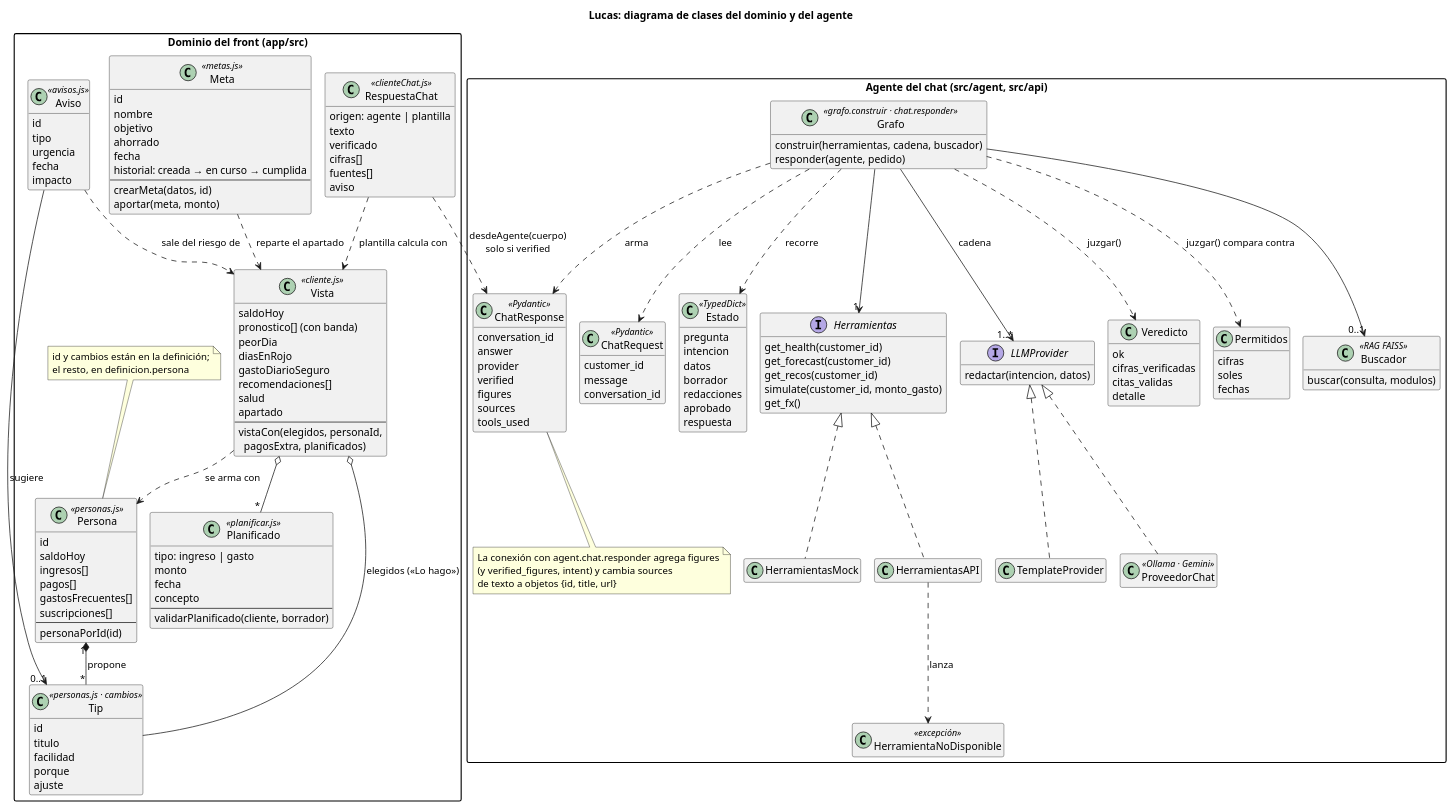
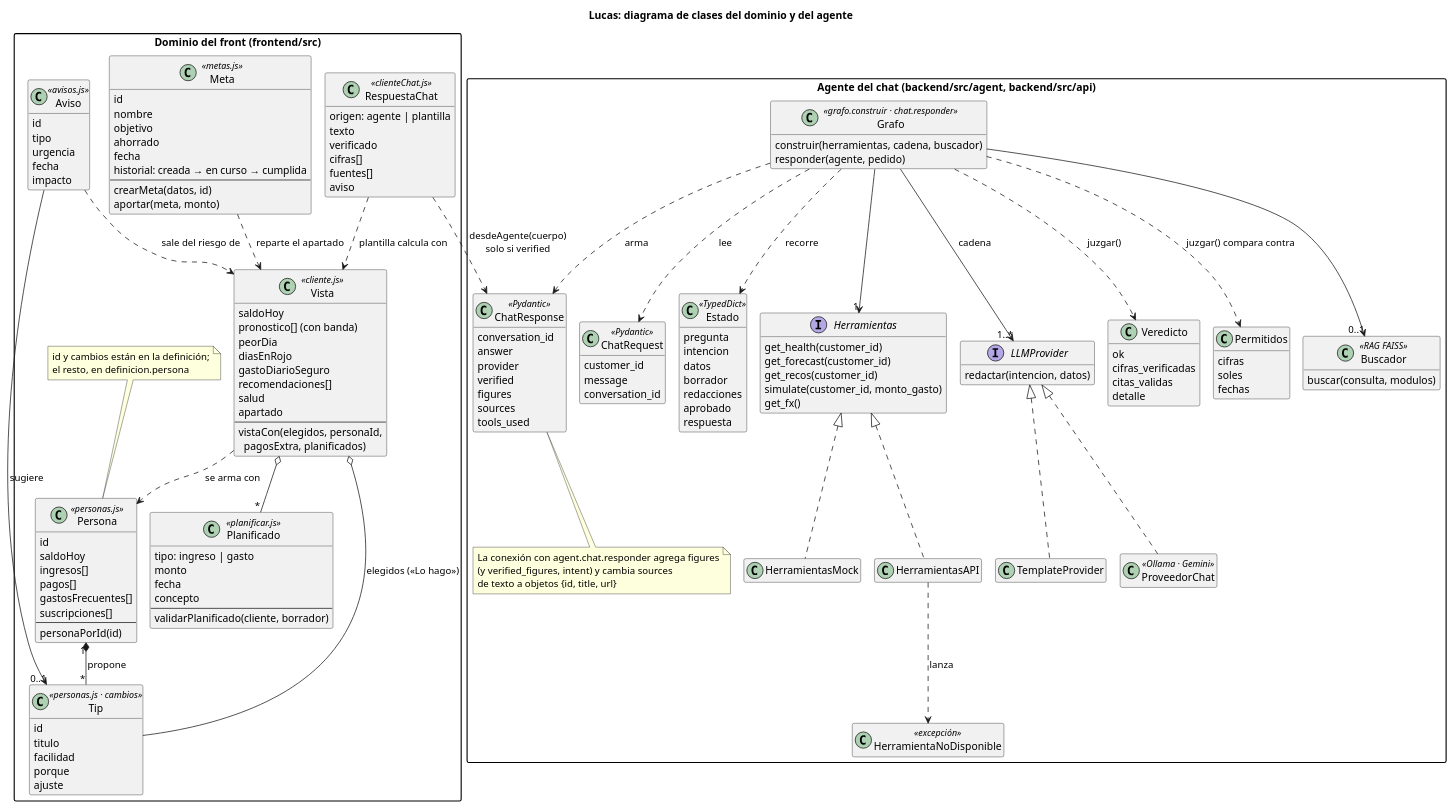
One commit to Nakusuo/Hackathon-BBVA-2026 changed the diagram in docs/diagramas/clases.puml. Above: the diagram before and after it, drawn with PlantUML. The commit also changed 393 other files, not shown here.

First line of the commit message:
refactor(arq): ordena el repo en frontend, backend y analitica

```diff
--- a/docs/diagramas/clases.puml
+++ b/docs/diagramas/clases.puml
@@ -2,164 +2,164 @@
 @startuml clases
 !pragma layout smetana
 hide empty members
 skinparam packageStyle rectangle
 
 title Lucas: diagrama de clases del dominio y del agente
 
-package "Dominio del front (app/src)" {
+package "Dominio del front (frontend/src)" {
   class Persona <<personas.js>> {
     id
     saldoHoy
     ingresos[]
     pagos[]
     gastosFrecuentes[]
     suscripciones[]
     --
     personaPorId(id)
   }
   class Tip <<personas.js · cambios>> {
     id
     titulo
     facilidad
     porque
     ajuste
   }
   class Planificado <<planificar.js>> {
     tipo: ingreso | gasto
     monto
     fecha
     concepto
     --
     validarPlanificado(cliente, borrador)
   }
   class Vista <<cliente.js>> {
     saldoHoy
     pronostico[] (con banda)
     peorDia
     diasEnRojo
     gastoDiarioSeguro
     recomendaciones[]
     salud
     apartado
     --
     vistaCon(elegidos, personaId,\n  pagosExtra, planificados)
   }
   class Meta <<metas.js>> {
     id
     nombre
     objetivo
     ahorrado
     fecha
     historial: creada → en curso → cumplida
     --
     crearMeta(datos, id)
     aportar(meta, monto)
   }
   class Aviso <<avisos.js>> {
     id
     tipo
     urgencia
     fecha
     impacto
   }
   class RespuestaChat <<clienteChat.js>> {
     origen: agente | plantilla
     texto
     verificado
     cifras[]
     fuentes[]
     aviso
   }
 
   note top of Persona : id y cambios están en la definición;\nel resto, en definicion.persona
   Persona "1" *-- "*" Tip : propone
   Vista ..> Persona : se arma con
   Vista o-- Tip : elegidos («Lo hago»)
   Vista o-- "*" Planificado
   Meta ..> Vista : reparte el apartado
   Aviso ..> Vista : sale del riesgo de
   Aviso --> "0..1" Tip : sugiere
   RespuestaChat ..> Vista : plantilla calcula con
 }
 
-package "Agente del chat (src/agent, src/api)" {
+package "Agente del chat (backend/src/agent, backend/src/api)" {
   class ChatRequest <<Pydantic>> {
     customer_id
     message
     conversation_id
   }
   class ChatResponse <<Pydantic>> {
     conversation_id
     answer
     provider
     verified
     figures
     sources
     tools_used
   }
   note bottom of ChatResponse : La conexión con agent.chat.responder agrega figures\n(y verified_figures, intent) y cambia sources\nde texto a objetos {id, title, url}
 
   class Estado <<TypedDict>> {
     pregunta
     intencion
     datos
     borrador
     redacciones
     aprobado
     respuesta
   }
 
   interface Herramientas {
     get_health(customer_id)
     get_forecast(customer_id)
     get_recos(customer_id)
     simulate(customer_id, monto_gasto)
     get_fx()
   }
   class HerramientasAPI
   class HerramientasMock
   class HerramientaNoDisponible <<excepción>>
 
   interface LLMProvider {
     redactar(intencion, datos)
   }
   class ProveedorChat <<Ollama · Gemini>>
   class TemplateProvider
 
   class Veredicto {
     ok
     cifras_verificadas
     citas_validas
     detalle
   }
   class Permitidos {
     cifras
     soles
     fechas
   }
   class Buscador <<RAG FAISS>> {
     buscar(consulta, modulos)
   }
 
   Herramientas <|.. HerramientasAPI
   Herramientas <|.. HerramientasMock
   HerramientasAPI ..> HerramientaNoDisponible : lanza
   LLMProvider <|.. ProveedorChat
   LLMProvider <|.. TemplateProvider
   class Grafo <<grafo.construir · chat.responder>> {
     construir(herramientas, cadena, buscador)
     responder(agente, pedido)
   }
   Grafo --> "1" Herramientas
   Grafo --> "1..*" LLMProvider : cadena
   Grafo --> "0..1" Buscador
   Grafo ..> Estado : recorre
   Grafo ..> ChatRequest : lee
   Grafo ..> ChatResponse : arma
   Grafo ..> Veredicto : juzgar()
   Grafo ..> Permitidos : juzgar() compara contra
 }
 
 RespuestaChat ..> ChatResponse : desdeAgente(cuerpo)\nsolo si verified
 
 @enduml
```
